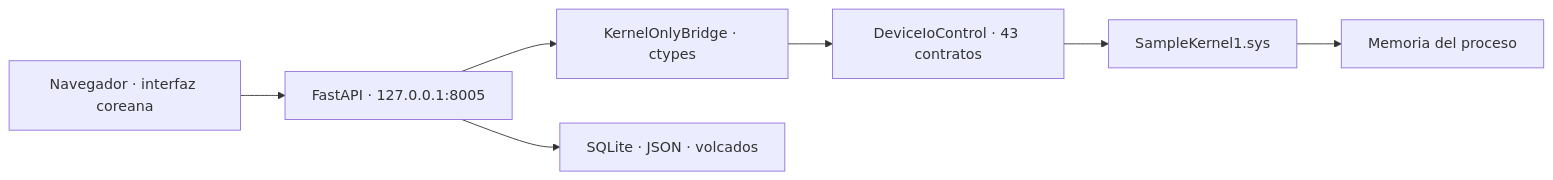
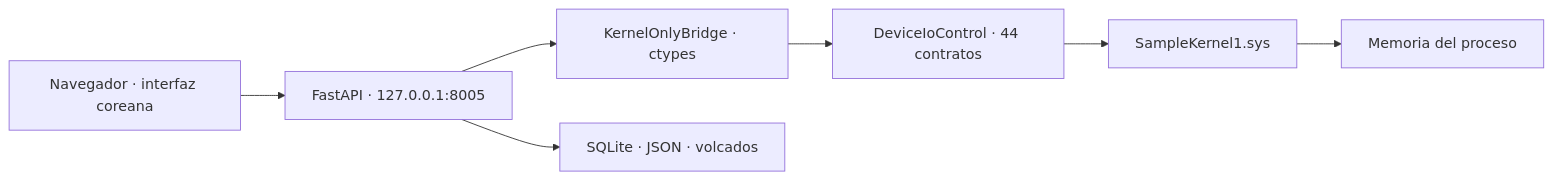
Before and after one commit to lastime1650/Kernel_Based_ProcessMemory_Editor: the diagram in README.es.md, drawn with Mermaid. The commit also changed other lines of this file and 49 other files, not shown here.

````diff
--- a/README.es.md
+++ b/README.es.md
@@ -45,9 +66,9 @@
 ```mermaid
 flowchart LR
     UI["Navegador · interfaz coreana"] --> API["FastAPI · 127.0.0.1:8005"]
     API --> Bridge["KernelOnlyBridge · ctypes"]
-    Bridge --> IO["DeviceIoControl · 43 contratos"]
+    Bridge --> IO["DeviceIoControl · 44 contratos"]
     IO --> Driver["SampleKernel1.sys"]
     Driver --> Target["Memoria del proceso"]
     API --> Store["SQLite · JSON · volcados"]
 ```
````
